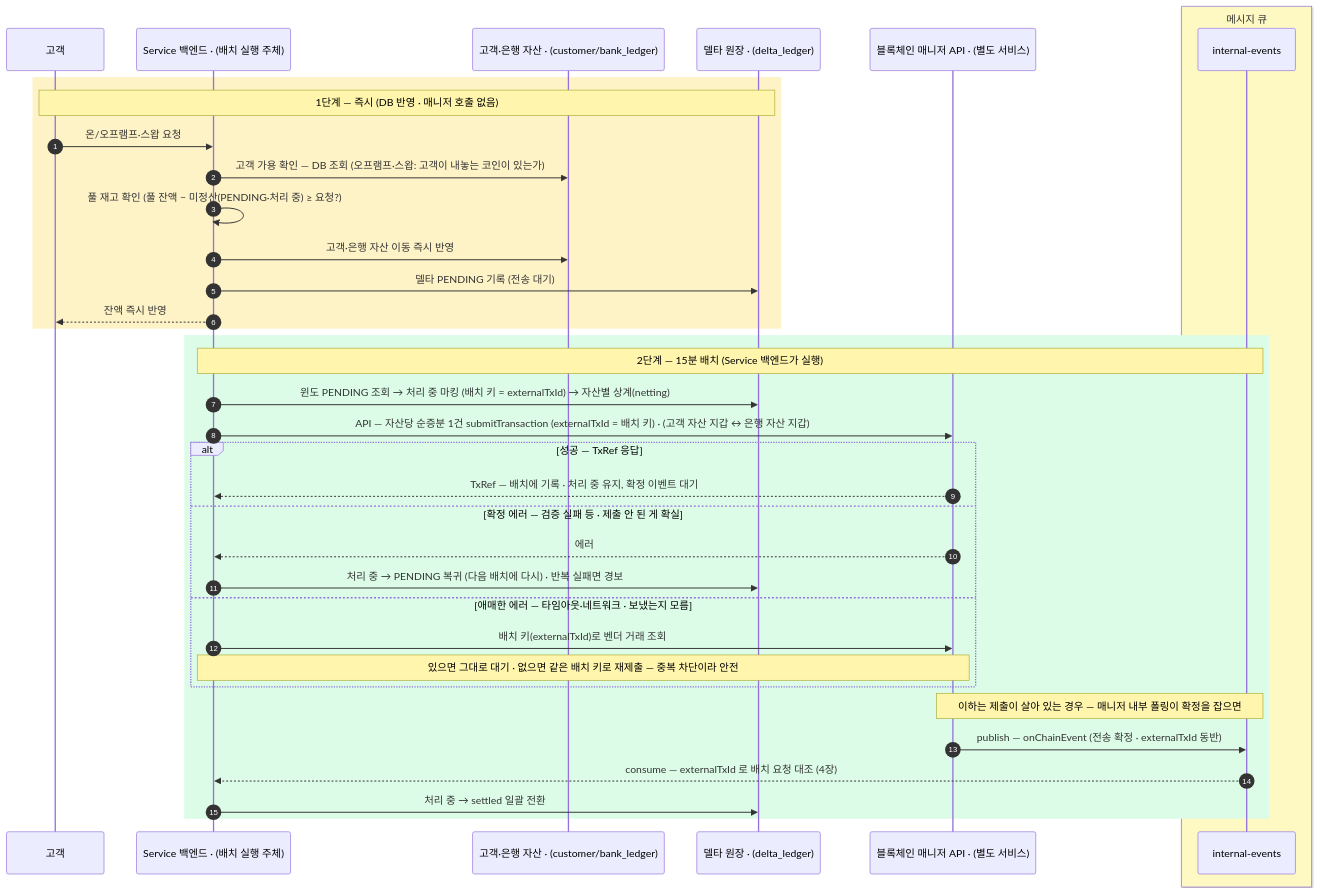
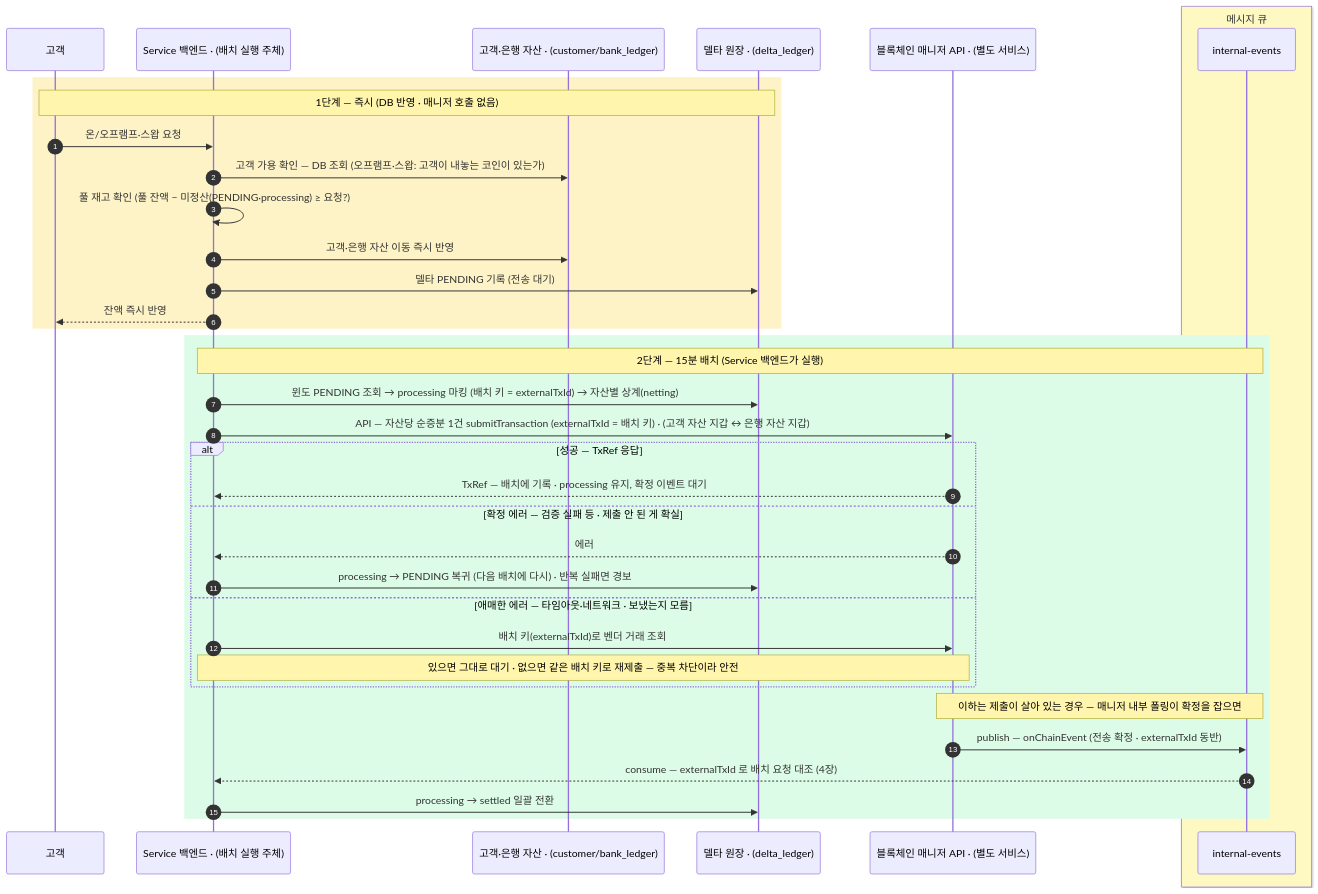
One commit to eunsujeo/eunpus changed the first of 2 diagrams in blockchain-manager/docs/블록체인매니저/설계/10-ramp-swap.md. Above: the diagram before and after it, drawn with Mermaid. The commit also changed other lines of this file and 33 other files, not shown here.

````diff
--- a/blockchain-manager/docs/블록체인매니저/설계/10-ramp-swap.md
+++ b/blockchain-manager/docs/블록체인매니저/설계/10-ramp-swap.md
@@ -25,41 +25,41 @@
 ```mermaid
 sequenceDiagram
     autonumber
     participant Cust as 고객
     participant App as Service 백엔드 · (배치 실행 주체)
     participant DB as 고객·은행 자산 · (customer/bank_ledger)
     participant DL as 델타 원장 · (delta_ledger)
     participant BM as 블록체인 매니저 API · (별도 서비스)
     box rgb(254,249,195) 메시지 큐
     participant MQ as internal-events
     end
 
     rect rgb(254,243,199)
     Note over Cust,DL: 1단계 — 즉시 (DB 반영 · 매니저 호출 없음)
     Cust->>App: 온/오프램프·스왑 요청
     App->>DB: 고객 가용 확인 — DB 조회 (오프램프·스왑: 고객이 내놓는 코인이 있는가)
-    App->>App: 풀 재고 확인 (풀 잔액 − 미정산(PENDING·처리 중) ≥ 요청?)
+    App->>App: 풀 재고 확인 (풀 잔액 − 미정산(PENDING·processing) ≥ 요청?)
     App->>DB: 고객·은행 자산 이동 즉시 반영
     App->>DL: 델타 PENDING 기록 (전송 대기)
     App-->>Cust: 잔액 즉시 반영
     end
 
     rect rgb(220,252,231)
     Note over App,MQ: 2단계 — 15분 배치 (Service 백엔드가 실행)
-    App->>DL: 윈도 PENDING 조회 → 처리 중 마킹 (배치 키 = externalTxId) → 자산별 상계(netting)
+    App->>DL: 윈도 PENDING 조회 → processing 마킹 (배치 키 = externalTxId) → 자산별 상계(netting)
     App->>BM: API — 자산당 순증분 1건 submitTransaction (externalTxId = 배치 키) · (고객 자산 지갑 ↔ 은행 자산 지갑)
     alt 성공 — TxRef 응답
-        BM-->>App: TxRef — 배치에 기록 · 처리 중 유지, 확정 이벤트 대기
+        BM-->>App: TxRef — 배치에 기록 · processing 유지, 확정 이벤트 대기
     else 확정 에러 — 검증 실패 등 · 제출 안 된 게 확실
         BM-->>App: 에러
-        App->>DL: 처리 중 → PENDING 복귀 (다음 배치에 다시) · 반복 실패면 경보
+        App->>DL: processing → PENDING 복귀 (다음 배치에 다시) · 반복 실패면 경보
     else 애매한 에러 — 타임아웃·네트워크 · 보냈는지 모름
         App->>BM: 배치 키(externalTxId)로 벤더 거래 조회
         Note over App,BM: 있으면 그대로 대기 · 없으면 같은 배치 키로 재제출 — 중복 차단이라 안전
     end
     Note over BM,MQ: 이하는 제출이 살아 있는 경우 — 매니저 내부 폴링이 확정을 잡으면
     BM->>MQ: publish — onChainEvent (전송 확정 · externalTxId 동반)
     MQ-->>App: consume — externalTxId 로 배치 요청 대조 (4장)
-    App->>DL: 처리 중 → settled 일괄 전환
+    App->>DL: processing → settled 일괄 전환
     end
 ```
````
